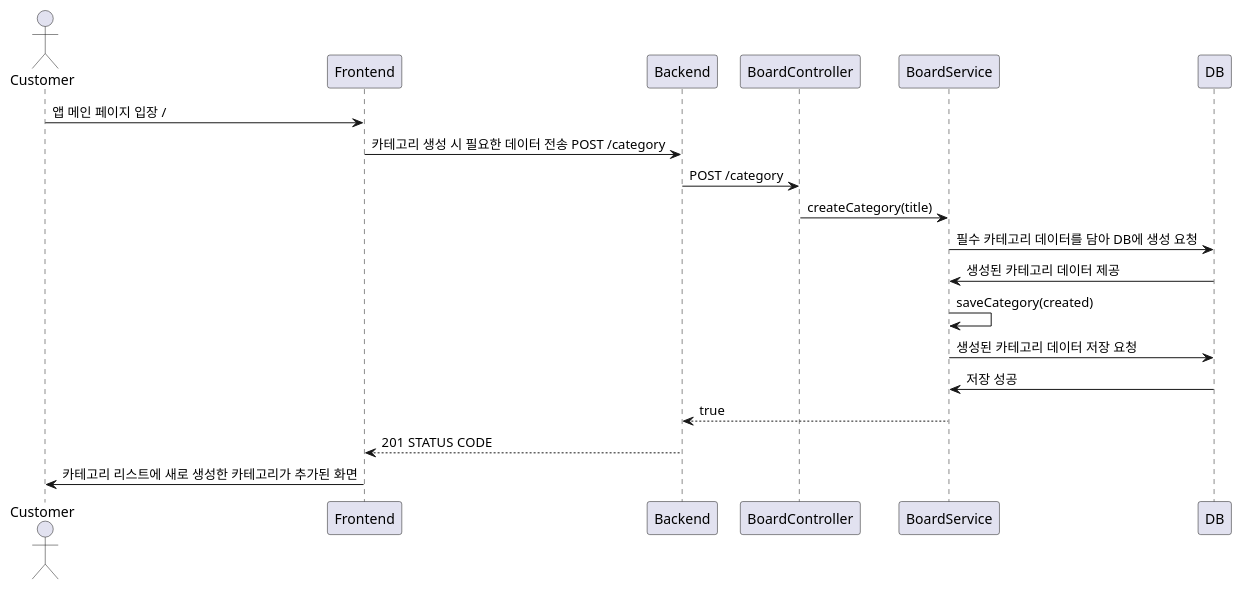
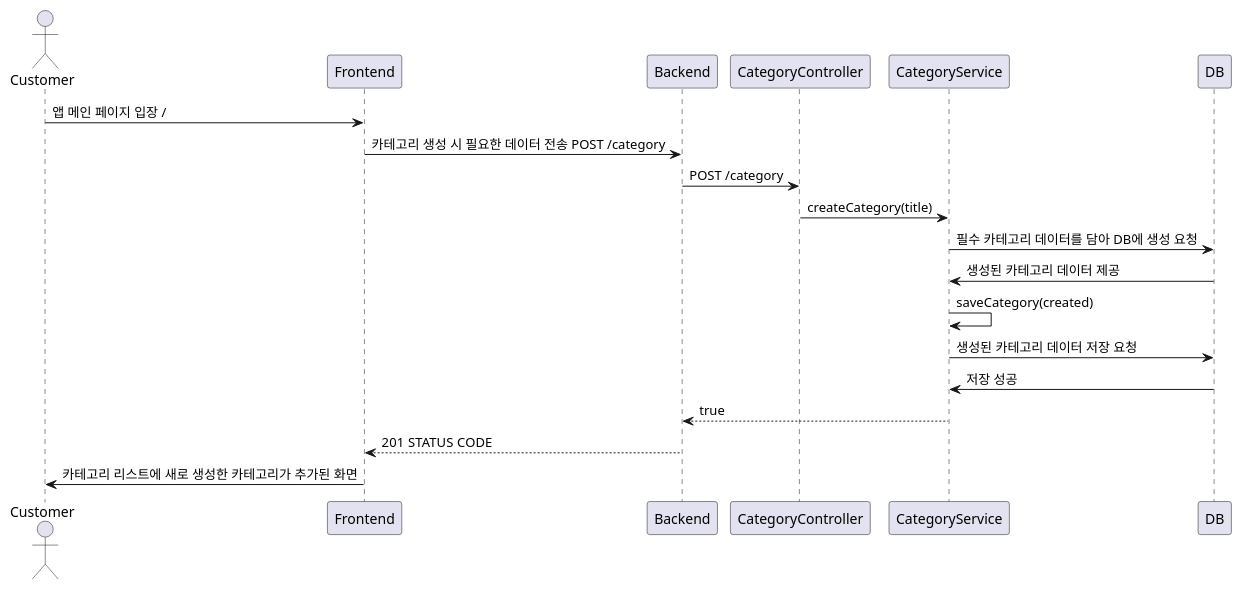
One commit to VVSOGI/todolist-remake changed the diagram in server/docs/category/category.post.md. Above: the diagram before and after it, drawn with PlantUML.

Commit message:
Refactor category creation process

````diff
--- a/server/docs/category/category.post.md
+++ b/server/docs/category/category.post.md
@@ -26,17 +26,17 @@
 ```plantuml
 @startuml
 actor Customer
 Customer -> Frontend: 앱 메인 페이지 입장 /
     Frontend -> Backend: 카테고리 생성 시 필요한 데이터 전송 POST /category
-        Backend -> BoardController: POST /category
-            BoardController -> BoardService: createCategory(title)
-                BoardService -> DB: 필수 카테고리 데이터를 담아 DB에 생성 요청
-                DB -> BoardService: 생성된 카테고리 데이터 제공
-                BoardService -> BoardService: saveCategory(created)
-                BoardService -> DB: 생성된 카테고리 데이터 저장 요청
-                DB -> BoardService: 저장 성공
-            Backend <-- BoardService: true
+        Backend -> CategoryController: POST /category
+            CategoryController -> CategoryService: createCategory(title)
+                CategoryService -> DB: 필수 카테고리 데이터를 담아 DB에 생성 요청
+                DB -> CategoryService: 생성된 카테고리 데이터 제공
+                CategoryService -> CategoryService: saveCategory(created)
+                CategoryService -> DB: 생성된 카테고리 데이터 저장 요청
+                DB -> CategoryService: 저장 성공
+            Backend <-- CategoryService: true
     Frontend <-- Backend: 201 STATUS CODE
 Customer <- Frontend: 카테고리 리스트에 새로 생성한 카테고리가 추가된 화면
 @enduml
 ```
````
